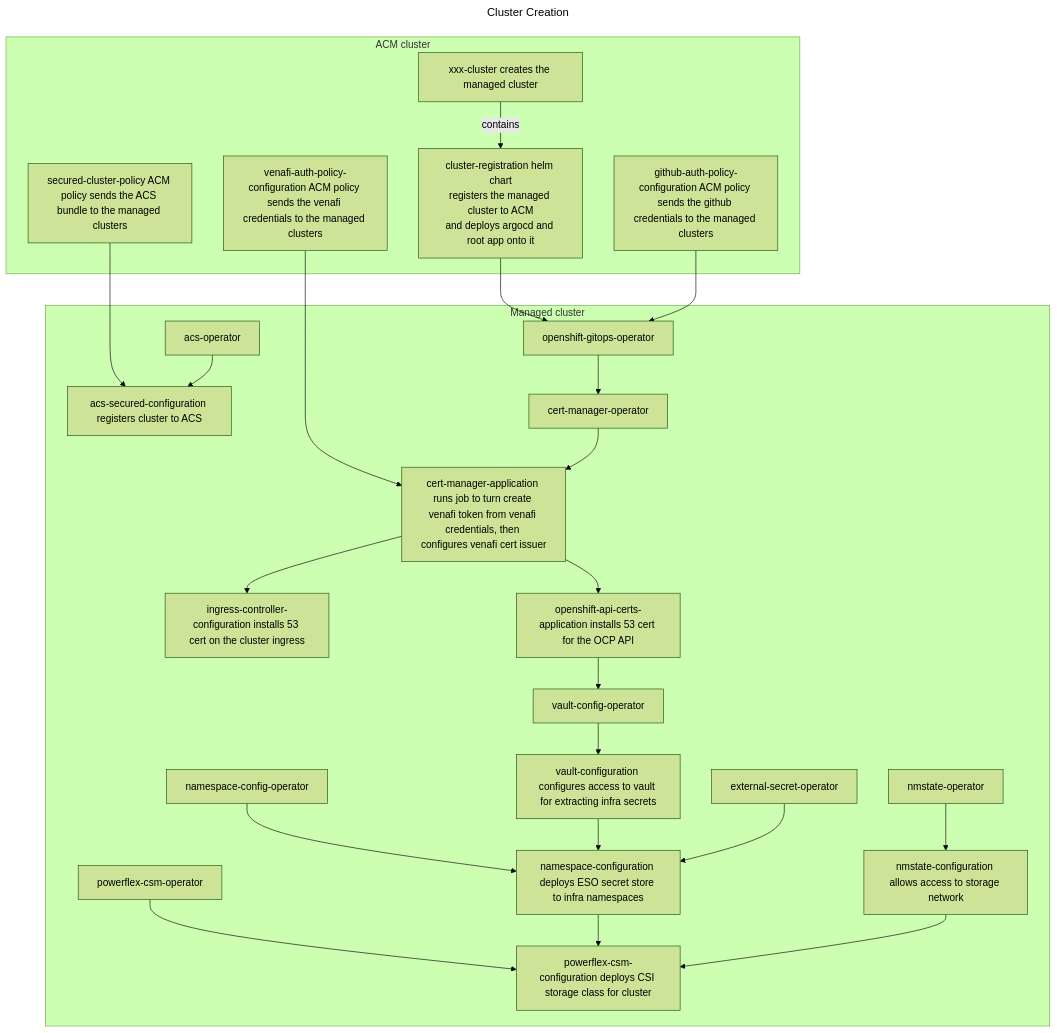
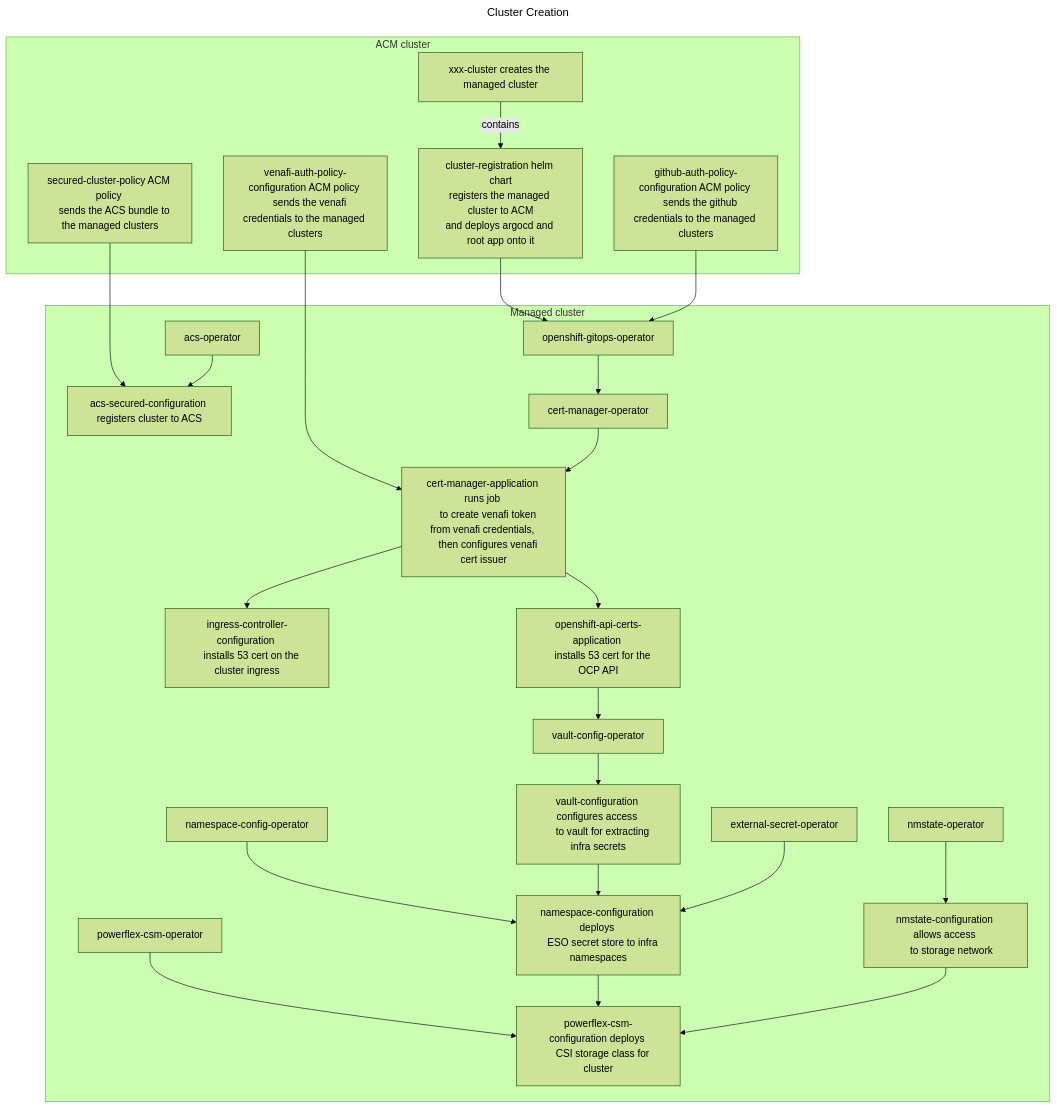
The diagram in test-mermaid/test-mermaid.build.md (mmwillingham/acm), drawn with Mermaid (forest theme) before and after one commit.

````diff
--- a/test-mermaid/test-mermaid.build.md
+++ b/test-mermaid/test-mermaid.build.md
@@ -2,44 +2,55 @@
 ```mermaid
 ---
 title: Cluster Creation
 ---
 flowchart TD
     venafi-auth-policy-configuration --> cert-manager-application
     cluster-registration --> openshift-gitops-operator
     github-auth-policy-configuration --> openshift-gitops-operator
     secured-cluster-policy --> acs-secured-configuration
 
   subgraph "ACM cluster"
     xxx-cluster["xxx-cluster creates the managed cluster"] -- contains --> cluster-registration["cluster-registration helm chart
 registers the managed cluster to ACM
 and deploys argocd and root app onto it"]
-    venafi-auth-policy-configuration["venafi-auth-policy-configuration ACM policy sends the venafi credentials to the managed clusters"]
-    github-auth-policy-configuration["github-auth-policy-configuration ACM policy sends the github credentials to the managed clusters"]
-    secured-cluster-policy["secured-cluster-policy ACM policy sends the ACS bundle to the managed clusters"]
+    venafi-auth-policy-configuration["venafi-auth-policy-configuration ACM policy 
+    sends the venafi credentials to the managed clusters"]
+    github-auth-policy-configuration["github-auth-policy-configuration ACM policy 
+    sends the github credentials to the managed clusters"]
+    secured-cluster-policy["secured-cluster-policy ACM policy 
+    sends the ACS bundle to the managed clusters"]
   end
 
   subgraph "Managed cluster"
     openshift-gitops-operator --> cert-manager-operator
-    cert-manager-operator --> cert-manager-application["cert-manager-application runs job to turn create venafi token from venafi credentials, then configures venafi cert issuer"]
-    cert-manager-application --> ingress-controller-configuration["ingress-controller-configuration installs 53 cert on the cluster ingress"]
-    cert-manager-application --> openshift-api-certs-application["openshift-api-certs-application installs 53 cert for the OCP API"]
+    cert-manager-operator --> cert-manager-application["cert-manager-application runs job 
+    to create venafi token from venafi credentials, 
+    then configures venafi cert issuer"]
+    cert-manager-application --> ingress-controller-configuration["ingress-controller-configuration 
+    installs 53 cert on the cluster ingress"]
+    cert-manager-application --> openshift-api-certs-application["openshift-api-certs-application 
+    installs 53 cert for the OCP API"]
     openshift-api-certs-application --> vault-config-operator
-    vault-config-operator --> vault-configuration["vault-configuration configures access to vault for extracting infra secrets"]
-    nmstate-operator --> nmstate-configuration["nmstate-configuration allows access to storage network"]
-    namespace-config-operator --> namespace-configuration["namespace-configuration deploys ESO secret store to infra namespaces"]
+    vault-config-operator --> vault-configuration["vault-configuration configures access 
+    to vault for extracting infra secrets"]
+    nmstate-operator --> nmstate-configuration["nmstate-configuration allows access 
+    to storage network"]
+    namespace-config-operator --> namespace-configuration["namespace-configuration deploys 
+    ESO secret store to infra namespaces"]
     vault-configuration --> namespace-configuration
     external-secret-operator --> namespace-configuration
-    powerflex-csm-operator --> powerflex-csm-configuration["powerflex-csm-configuration deploys CSI storage class for cluster"]
+    powerflex-csm-operator --> powerflex-csm-configuration["powerflex-csm-configuration deploys 
+    CSI storage class for cluster"]
     namespace-configuration --> powerflex-csm-configuration
     nmstate-configuration --> powerflex-csm-configuration
     acs-operator --> acs-secured-configuration["acs-secured-configuration registers cluster to ACS"] 
   end
 
 
 
 
 
 
 
 
 ```
````
